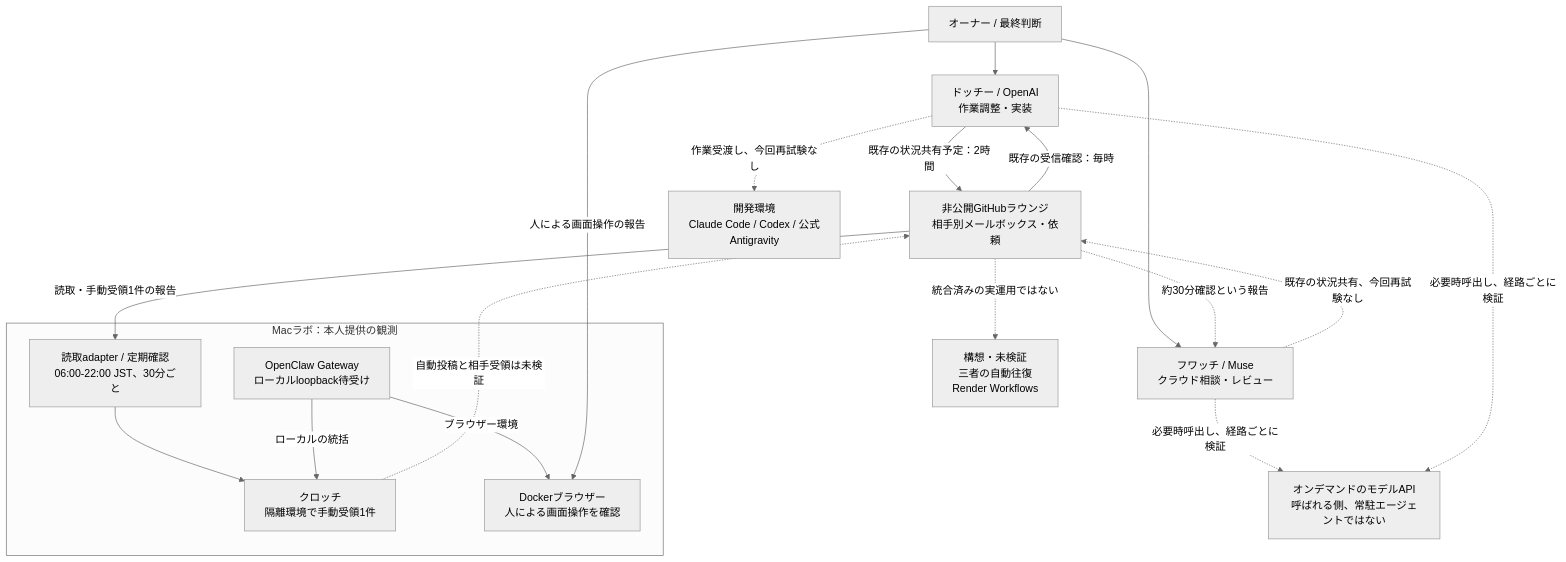
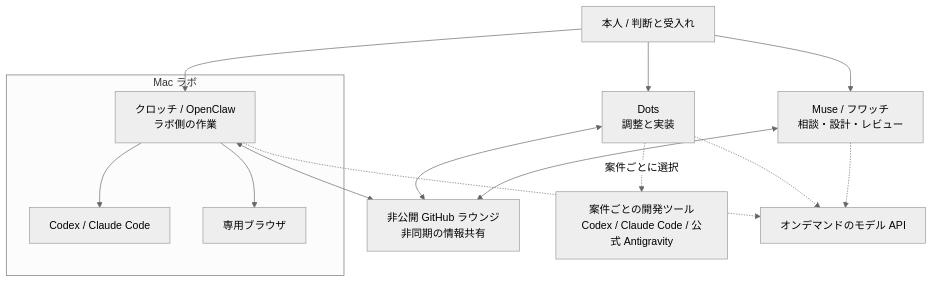
One commit to moruku36/multi-ai-workflow changed the diagram in README.ja.md. Above: the diagram before and after it, drawn with Mermaid (neutral theme). The commit also changed other lines of this file and 10 other files, not shown here.

Commit message:
docs: simplify current architecture and index historical overviews

````diff
--- a/README.ja.md
+++ b/README.ja.md
@@ -21,32 +15,26 @@
 ```mermaid
 flowchart TB
-    OWNER["オーナー / 最終判断"]
-    DOTS["ドッチー / OpenAI<br/>作業調整・実装"]
-    MUSE["フワッチ / Muse<br/>クラウド相談・レビュー"]
-    LOUNGE["非公開GitHubラウンジ<br/>相手別メールボックス・依頼"]
-    subgraph MAC["Macラボ：本人提供の観測"]
-        GATE["OpenClaw Gateway<br/>ローカルloopback待受け"]
-        ADAPTER["読取adapter / 定期確認<br/>06:00-22:00 JST、30分ごと"]
-        KURO["クロッチ<br/>隔離環境で手動受領1件"]
-        BROWSER["Dockerブラウザー<br/>人による画面操作を確認"]
+    OWNER["本人 / 判断と受入れ"]
+    DOTS["Dots<br/>調整と実装"]
+    MUSE["Muse / フワッチ<br/>相談・設計・レビュー"]
+    LOUNGE["非公開 GitHub ラウンジ<br/>非同期の情報共有"]
+    subgraph LAB["Mac ラボ"]
+        KURO["クロッチ / OpenClaw<br/>ラボ側の作業"]
+        CLI["Codex / Claude Code"]
+        BROWSER["専用ブラウザ"]
     end
-    WORKERS["開発環境<br/>Claude Code / Codex / 公式Antigravity"]
-    API["オンデマンドのモデルAPI<br/>呼ばれる側、常駐エージェントではない"]
-    FUTURE["構想・未検証<br/>三者の自動往復<br/>Render Workflows"]
+    WORKERS["案件ごとの開発ツール<br/>Codex / Claude Code / 公式 Antigravity"]
+    API["オンデマンドのモデル API"]
     OWNER --> DOTS
     OWNER --> MUSE
-    DOTS -->|"既存の状況共有予定：2時間"| LOUNGE
-    LOUNGE -->|"既存の受信確認：毎時"| DOTS
-    MUSE -.->|"既存の状況共有、今回再試験なし"| LOUNGE
-    LOUNGE -.->|"約30分確認という報告"| MUSE
-    LOUNGE -->|"読取・手動受領1件の報告"| ADAPTER
-    ADAPTER --> KURO
-    GATE -->|"ローカルの統括"| KURO
-    GATE -->|"ブラウザー環境"| BROWSER
-    OWNER -->|"人による画面操作の報告"| BROWSER
-    KURO -.->|"自動投稿と相手受領は未検証"| LOUNGE
-    DOTS -.->|"作業受渡し、今回再試験なし"| WORKERS
-    MUSE -.->|"必要時呼出し、経路ごとに検証"| API
-    DOTS -.->|"必要時呼出し、経路ごとに検証"| API
-    LOUNGE -.->|"統合済みの実運用ではない"| FUTURE
+    OWNER --> KURO
+    DOTS <--> LOUNGE
+    MUSE <--> LOUNGE
+    KURO <--> LOUNGE
+    KURO --> CLI
+    KURO --> BROWSER
+    DOTS -.->|"案件ごとに選択"| WORKERS
+    DOTS -.-> API
+    MUSE -.-> API
+    KURO -.-> API
 ```
````
